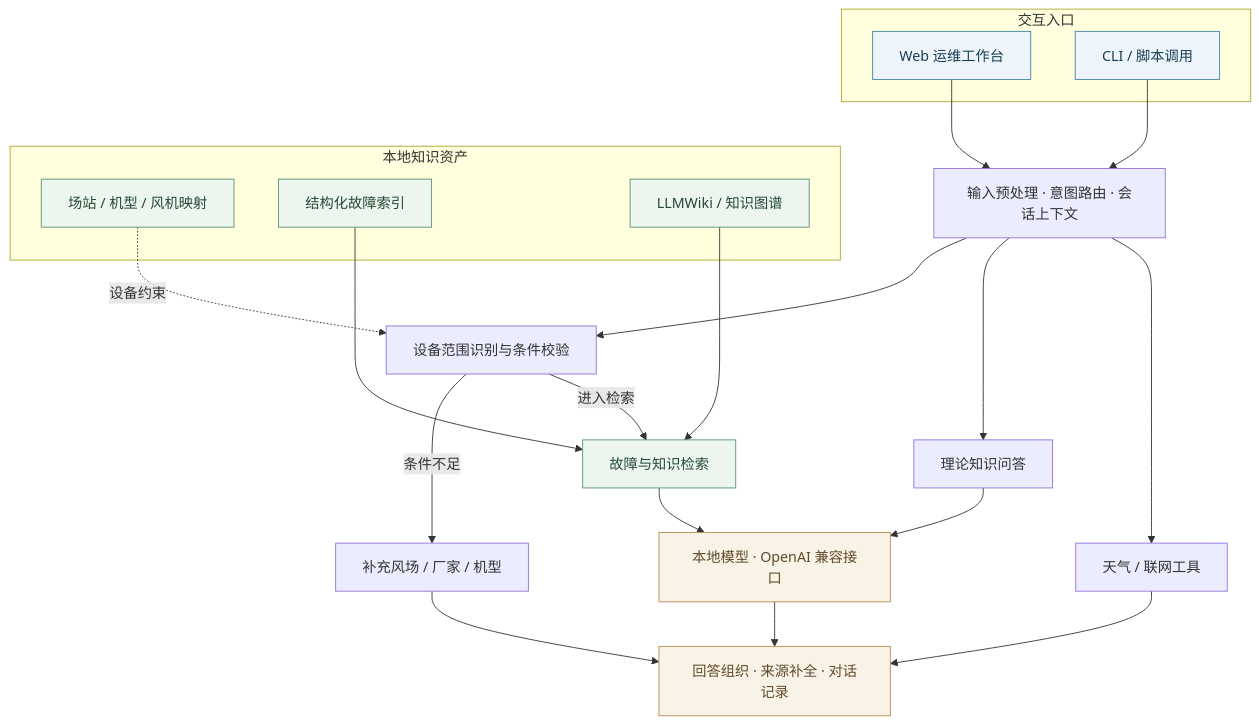
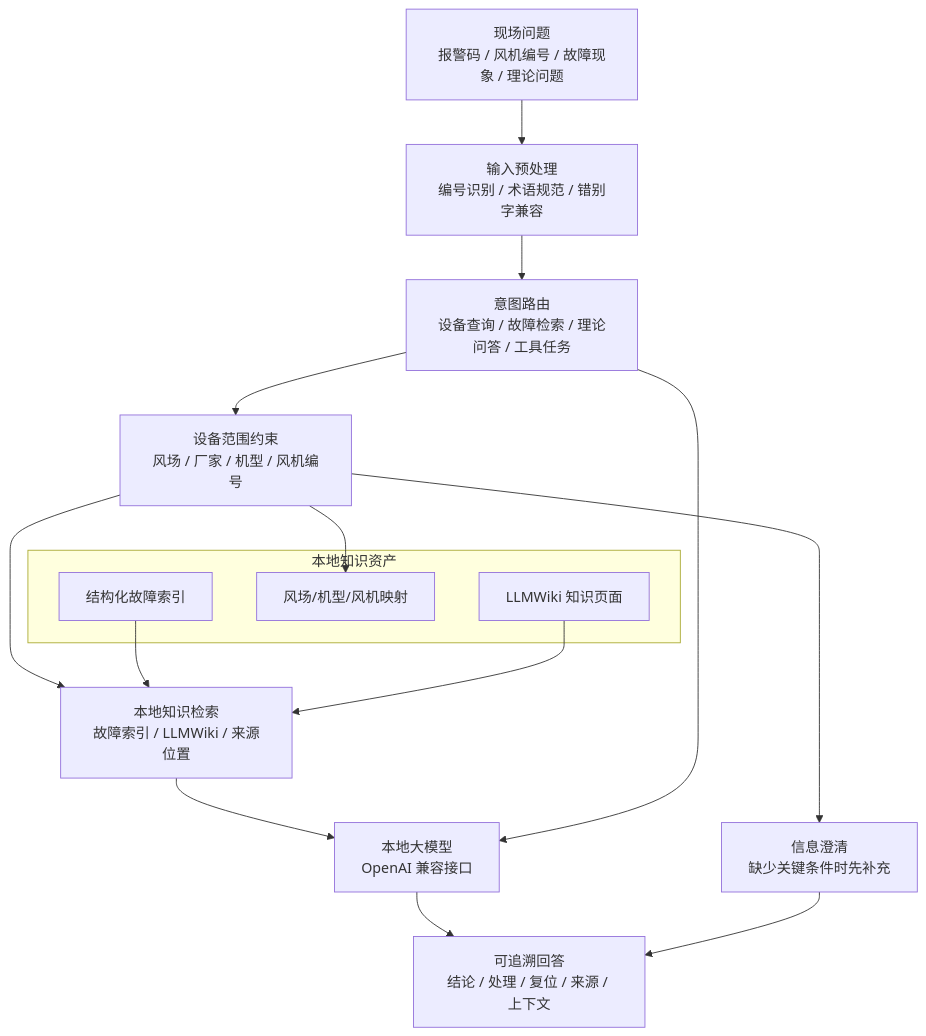
Before and after one commit to SergioTermann/claude_code_src: the diagram in README.md, drawn with Mermaid. The commit also changed other lines of this file, not shown here.

````diff
--- a/README.md
+++ b/README.md
@@ -136,45 +128,28 @@
 ```mermaid
 flowchart TB
-    subgraph Access["交互入口"]
-        Web["Web 运维工作台"]
-        CLI["CLI / 脚本调用"]
+    User["现场问题<br/>报警码 / 风机编号 / 故障现象 / 理论问题"]
+    Pre["输入预处理<br/>编号识别 / 术语规范 / 错别字兼容"]
+    Route["意图路由<br/>设备查询 / 故障检索 / 理论问答 / 工具任务"]
+    Scope["设备范围约束<br/>风场 / 厂家 / 机型 / 风机编号"]
+    Clarify["信息澄清<br/>缺少关键条件时先补充"]
+    Search["本地知识检索<br/>故障索引 / LLMWiki / 来源位置"]
+    Model["本地大模型<br/>OpenAI 兼容接口"]
+    Answer["可追溯回答<br/>结论 / 处理 / 复位 / 来源 / 上下文"]
+
+    subgraph Data["本地知识资产"]
+      Faults["结构化故障索引"]
+      Mapping["风场/机型/风机映射"]
+      Wiki["LLMWiki 知识页面"]
     end
 
-    Route["输入预处理 · 意图路由 · 会话上下文"]
-    Scope["设备范围识别与条件校验"]
-    Clarify["补充风场 / 厂家 / 机型"]
-    Lookup["故障与知识检索"]
-    General["理论知识问答"]
-    Tools["天气 / 联网工具"]
-    Model["本地模型 · OpenAI 兼容接口"]
-    Answer["回答组织 · 来源补全 · 对话记录"]
-
-    subgraph Knowledge["本地知识资产"]
-        Mapping["场站 / 机型 / 风机映射"]
-        Index["结构化故障索引"]
-        Wiki["LLMWiki / 知识图谱"]
-    end
-
-    Web --> Route
-    CLI --> Route
+    User --> Pre --> Route
     Route --> Scope
-    Route --> General
-    Route --> Tools
-    Mapping -. 设备约束 .-> Scope
-    Scope -->|条件不足| Clarify
-    Scope -->|进入检索| Lookup
-    Index --> Lookup
-    Wiki --> Lookup
-    Lookup --> Model
-    General --> Model
-    Model --> Answer
-    Tools --> Answer
+    Scope --> Mapping
+    Scope --> Clarify
+    Scope --> Search
+    Faults --> Search
+    Wiki --> Search
+    Search --> Model --> Answer
+    Route --> Model
     Clarify --> Answer
-
-    classDef entry fill:#EEF5FA,stroke:#4483A2,color:#183E52
-    classDef knowledge fill:#EDF5EF,stroke:#57936F,color:#244B33
-    classDef inference fill:#F8F2E7,stroke:#B68D4D,color:#604B2A
-    class Web,CLI entry
-    class Mapping,Index,Wiki,Lookup knowledge
-    class Model,Answer inference
 ```
````
